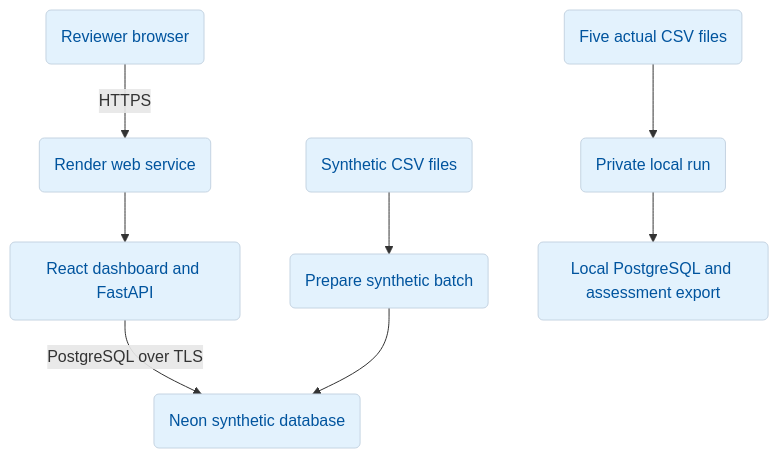
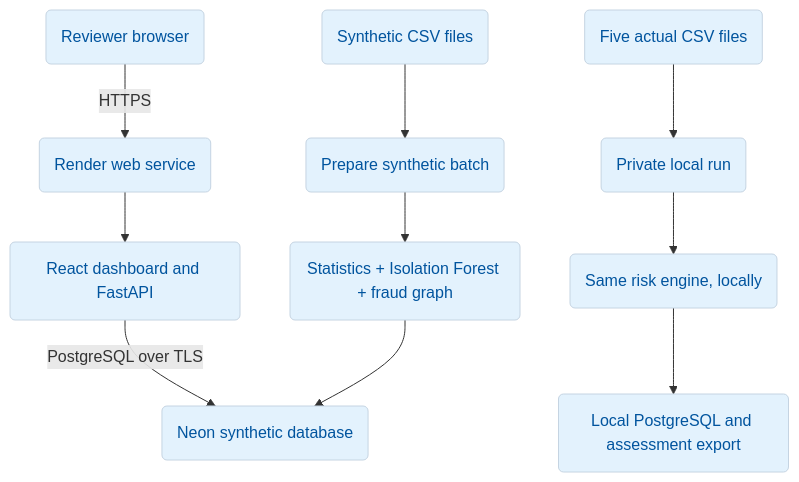
The first of 3 diagrams in docs/system-design.md (KasaniDheerajVenu/scanpay-payout-risk-desk), drawn with Mermaid before and after one commit. The commit also changed other lines of this file and 6 other files, not shown here.

````diff
--- a/docs/system-design.md
+++ b/docs/system-design.md
@@ -17,12 +18,14 @@
-~~~mermaid
+```mermaid
 flowchart TD
     Browser("Reviewer browser") -->|HTTPS| Render("Render web service")
     Render --> App("React dashboard and FastAPI")
     App -->|PostgreSQL over TLS| Neon("Neon synthetic database")
     Synthetic("Synthetic CSV files") --> Seed("Prepare synthetic batch")
-    Seed --> Neon
+    Seed --> DemoRisk("Statistics + Isolation Forest + fraud graph")
+    DemoRisk --> Neon
     Actual("Five actual CSV files") --> Local("Private local run")
-    Local --> LocalDB("Local PostgreSQL and assessment export")
+    Local --> PrivateRisk("Same risk engine, locally")
+    PrivateRisk --> LocalDB("Local PostgreSQL and assessment export")
     classDef step fill:#e3f2fd,stroke:#c5d4e2,color:#00549e
-    class Browser,Render,App,Neon,Synthetic,Seed,Actual,Local,LocalDB step
-~~~
+    class Browser,Render,App,Neon,Synthetic,Seed,DemoRisk,Actual,Local,PrivateRisk,LocalDB step
+```
````
